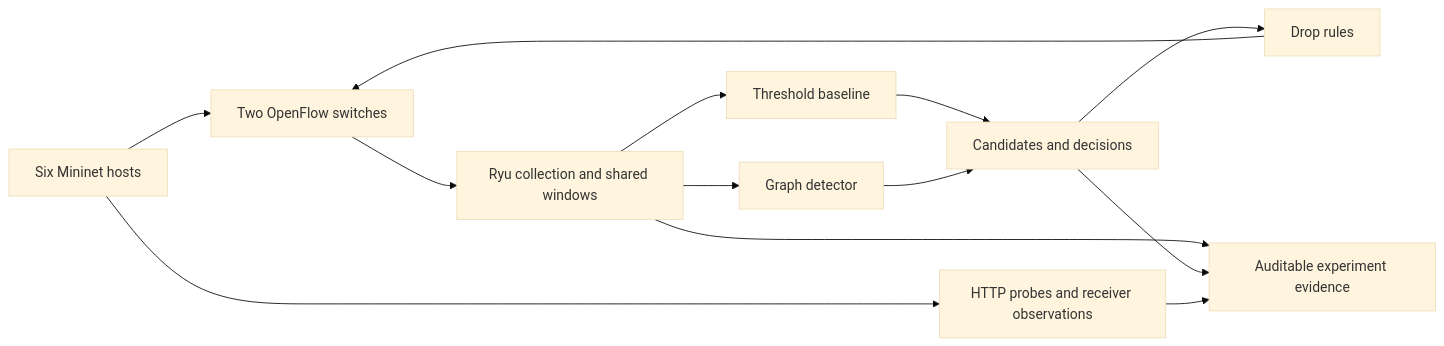
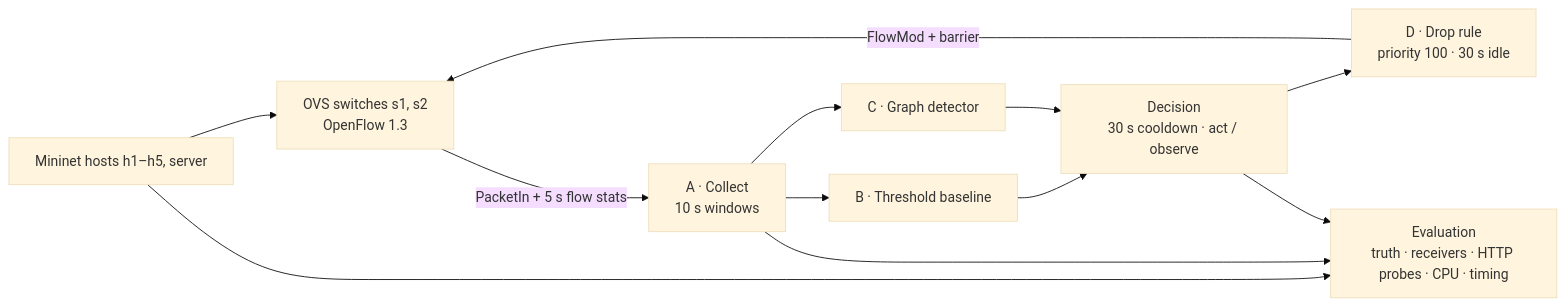
The diagram in README.md (jerkeyray/cn-project-lantern), drawn with Mermaid (base theme) before and after one commit. The commit also changed other lines of this file and 17 other files, not shown here.

````diff
--- a/README.md
+++ b/README.md
@@ -80,15 +130,14 @@
 ```mermaid
 flowchart LR
-    A[Six Mininet hosts] --> B[Two OpenFlow switches]
-    B --> C[Ryu collection and shared windows]
-    C --> D[Threshold baseline]
-    C --> E[Graph detector]
-    D --> F[Candidates and decisions]
-    E --> F
-    F --> G[Drop rules]
-    G --> B
-    A --> H[HTTP probes and receiver observations]
-    C --> I[Auditable experiment evidence]
-    F --> I
-    H --> I
+    H[Mininet hosts h1–h5, server] --> S[OVS switches s1, s2<br/>OpenFlow 1.3]
+    S -- PacketIn + 5 s flow stats --> A[A · Collect<br/>10 s windows]
+    A --> B[B · Threshold baseline]
+    A --> C[C · Graph detector]
+    B --> Dc[Decision<br/>30 s cooldown · act / observe]
+    C --> Dc
+    Dc --> D[D · Drop rule<br/>priority 100 · 30 s idle]
+    D -- FlowMod + barrier --> S
+    H --> E[Evaluation<br/>truth · receivers · HTTP probes · CPU · timing]
+    A --> E
+    Dc --> E
 ```
````
